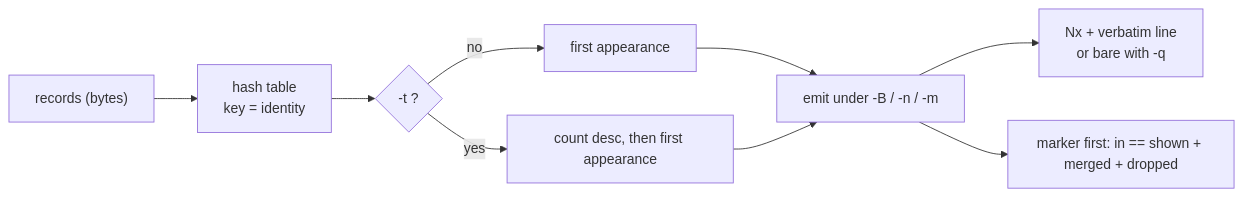
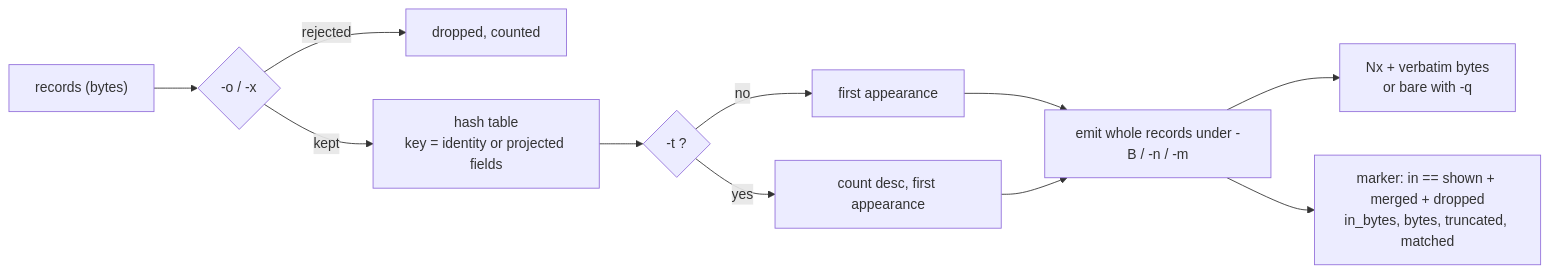
The diagram in docs/instructions/brief-a-generic-record-reducing-filter-that-never-edits-a-line.md (rob-c/busybox-static), drawn with Mermaid before and after one commit. The commit also changed other lines of this file and 6 other files, not shown here.

````diff
--- a/docs/instructions/brief-a-generic-record-reducing-filter-that-never-edits-a-line.md
+++ b/docs/instructions/brief-a-generic-record-reducing-filter-that-never-edits-a-line.md
@@ -43,11 +57,13 @@
 ```mermaid
 flowchart LR
-  in["records (bytes)"] --> tbl["hash table<br/>key = identity"]
+  in["records (bytes)"] --> sel{"-o / -x"}
+  sel -->|rejected| drop["dropped, counted"]
+  sel -->|kept| tbl["hash table<br/>key = identity or projected fields"]
   tbl --> ord{"-t ?"}
   ord -->|no| first["first appearance"]
-  ord -->|yes| freq["count desc, then first appearance"]
-  first --> emit["emit under -B / -n / -m"]
+  ord -->|yes| freq["count desc, first appearance"]
+  first --> emit["emit whole records under -B / -n / -m"]
   freq --> emit
-  emit --> body["Nx + verbatim line<br/>or bare with -q"]
-  emit --> mark["marker first: in == shown + merged + dropped"]
+  emit --> body["Nx + verbatim bytes<br/>or bare with -q"]
+  emit --> mark["marker: in == shown + merged + dropped<br/>in_bytes, bytes, truncated, matched"]
 ```
````
